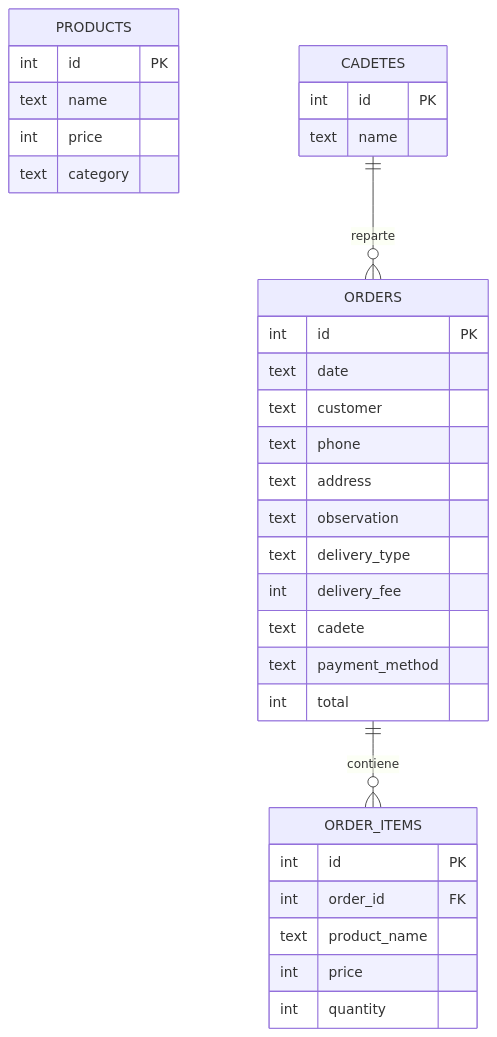
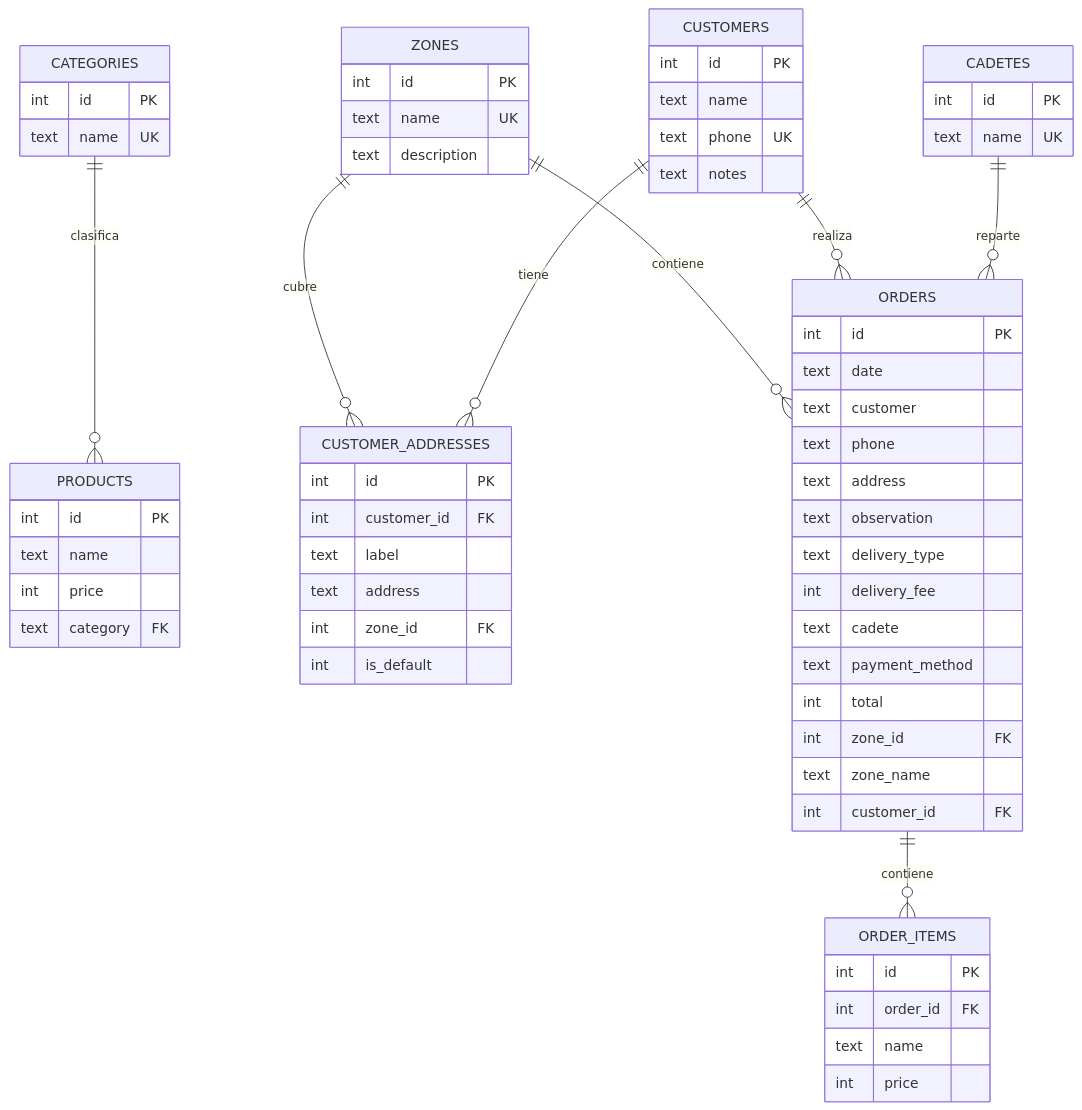
The third of 3 diagrams in README.md (1-santi/pizzeria-pos-system), drawn with Mermaid before and after one commit. The commit also changed other lines of this file and 3 other files, not shown here.

````diff
--- a/README.md
+++ b/README.md
@@ -362,39 +407,73 @@
 ```mermaid
 erDiagram
+    CATEGORIES ||--o{ PRODUCTS : "clasifica"
+    ZONES ||--o{ CUSTOMER_ADDRESSES : "cubre"
+    ZONES ||--o{ ORDERS : "contiene"
+    CUSTOMERS ||--o{ CUSTOMER_ADDRESSES : "tiene"
+    CUSTOMERS ||--o{ ORDERS : "realiza"
+    ORDERS ||--o{ ORDER_ITEMS : "contiene"
+    CADETES ||--o{ ORDERS : "reparte"
+
     PRODUCTS {
         int id PK
         text name
         int price
-        text category
+        text category FK
+    }
+
+    CATEGORIES {
+        int id PK
+        text name UK
+    }
+
+    ZONES {
+        int id PK
+        text name UK
+        text description
+    }
+
+    CUSTOMERS {
+        int id PK
+        text name
+        text phone UK
+        text notes
+    }
+
+    CUSTOMER_ADDRESSES {
+        int id PK
+        int customer_id FK
+        text label
+        text address
+        int zone_id FK
+        int is_default
     }
 
     ORDERS {
         int id PK
         text date
         text customer
         text phone
         text address
         text observation
         text delivery_type
         int delivery_fee
         text cadete
         text payment_method
         int total
+        int zone_id FK
+        text zone_name
+        int customer_id FK
     }
 
     ORDER_ITEMS {
         int id PK
         int order_id FK
-        text product_name
+        text name
         int price
-        int quantity
     }
 
     CADETES {
         int id PK
-        text name
+        text name UK
     }
-
-    ORDERS ||--o{ ORDER_ITEMS : "contiene"
-    CADETES ||--o{ ORDERS : "reparte"
 ```
````
